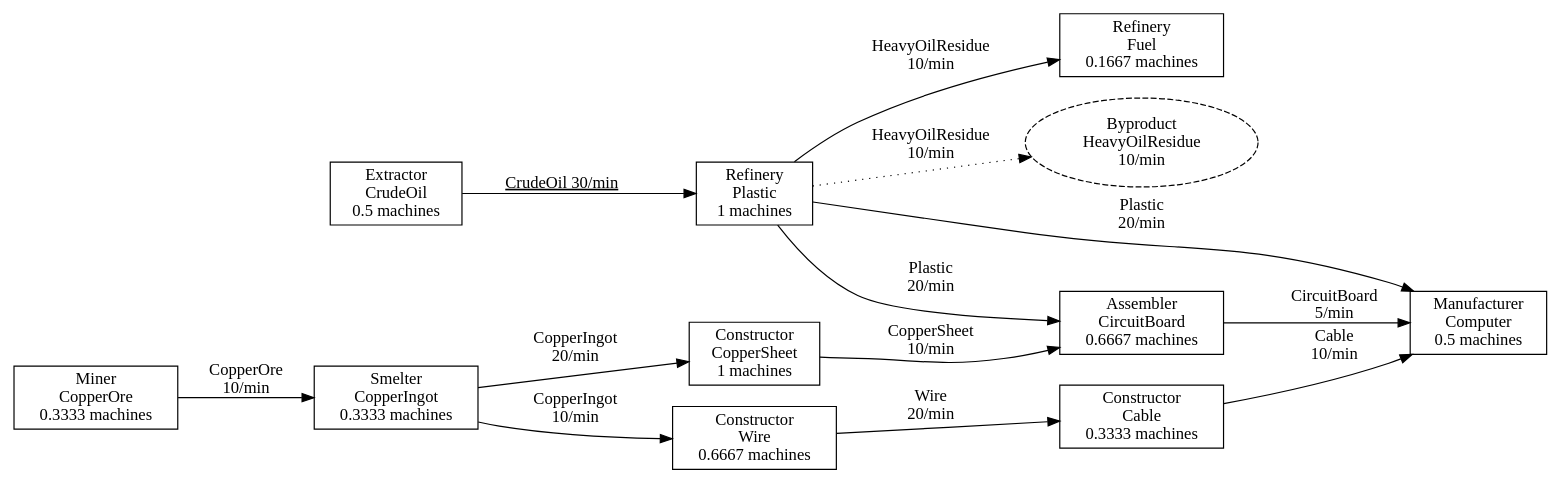
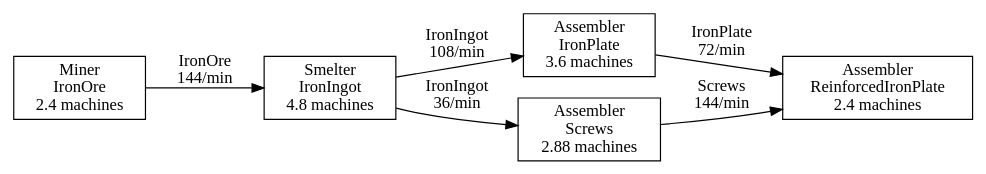
One commit to Lv100Luca/satis-modeler changed the diagram in Satis Modeller/bin/Debug/net9.0/production_graph.dot. Above: the diagram before and after it, drawn with Graphviz. The commit also changed 2 other files, not shown here.

```diff
--- a/Satis Modeller/bin/Debug/net9.0/production_graph.dot
+++ b/Satis Modeller/bin/Debug/net9.0/production_graph.dot
@@ -1,40 +1,18 @@
 digraph G {
 rankdir=LR;
-"32854180" [label="Manufacturer\nComputer\n0.5 machines", shape=box];
-"27252167" [label="Assembler\nCircuitBoard\n0.6667 machines", shape=box];
-"27252167" -> "32854180" [label="CircuitBoard
- 5/min"];
-"21083178" [label="Refinery\nPlastic\n1 machines", shape=box];
-"21083178" -> "32854180" [label="Plastic
- 20/min"];
-"21083178" -> "27252167" [label="Plastic
- 20/min"];
-"21083178" -> "30015890" [label="HeavyOilResidue
- 10/min"];
-"byproduct_21083178_HeavyOilResidue" [label="Byproduct
-HeavyOilResidue
-10/min", shape=ellipse, style=dashed];
-"21083178" -> "byproduct_21083178_HeavyOilResidue" [label="HeavyOilResidue
- 10/min",style=dotted];
-"59941933" [label="Smelter\nCopperIngot\n0.3333 machines", shape=box];
-"59941933" -> "23458411" [label="CopperIngot
- 10/min"];
-"59941933" -> "43942917" [label="CopperIngot
- 20/min"];
-"23458411" [label="Constructor\nWire\n0.6667 machines", shape=box];
-"23458411" -> "9799115" [label="Wire
- 20/min"];
-"9799115" [label="Constructor\nCable\n0.3333 machines", shape=box];
-"9799115" -> "32854180" [label="Cable
- 10/min"];
-"43942917" [label="Constructor\nCopperSheet\n1 machines", shape=box];
-"43942917" -> "27252167" [label="CopperSheet
- 10/min"];
-"55530882" [label="Extractor\nCrudeOil\n0.5 machines", shape=box];
-"55530882" -> "21083178" [label=< <U>CrudeOil
- 30/min</U> >];
-"2606490" [label="Miner\nCopperOre\n0.3333 machines", shape=box];
-"2606490" -> "59941933" [label="CopperOre
- 10/min"];
-"30015890" [label="Refinery\nFuel\n0.1667 machines", shape=box];
+"32854180" [label="Assembler\nReinforcedIronPlate\n2.4 machines", shape=box];
+"59941933" [label="Miner\nIronOre\n2.4 machines", shape=box];
+"59941933" -> "43942917" [label="IronOre
+ 144/min"];
+"43942917" [label="Smelter\nIronIngot\n4.8 machines", shape=box];
+"43942917" -> "27252167" [label="IronIngot
+ 108/min"];
+"43942917" -> "2606490" [label="IronIngot
+ 36/min"];
+"27252167" [label="Assembler\nIronPlate\n3.6 machines", shape=box];
+"27252167" -> "32854180" [label="IronPlate
+ 72/min"];
+"2606490" [label="Assembler\nScrews\n2.88 machines", shape=box];
+"2606490" -> "32854180" [label="Screws
+ 144/min"];
 }
```
